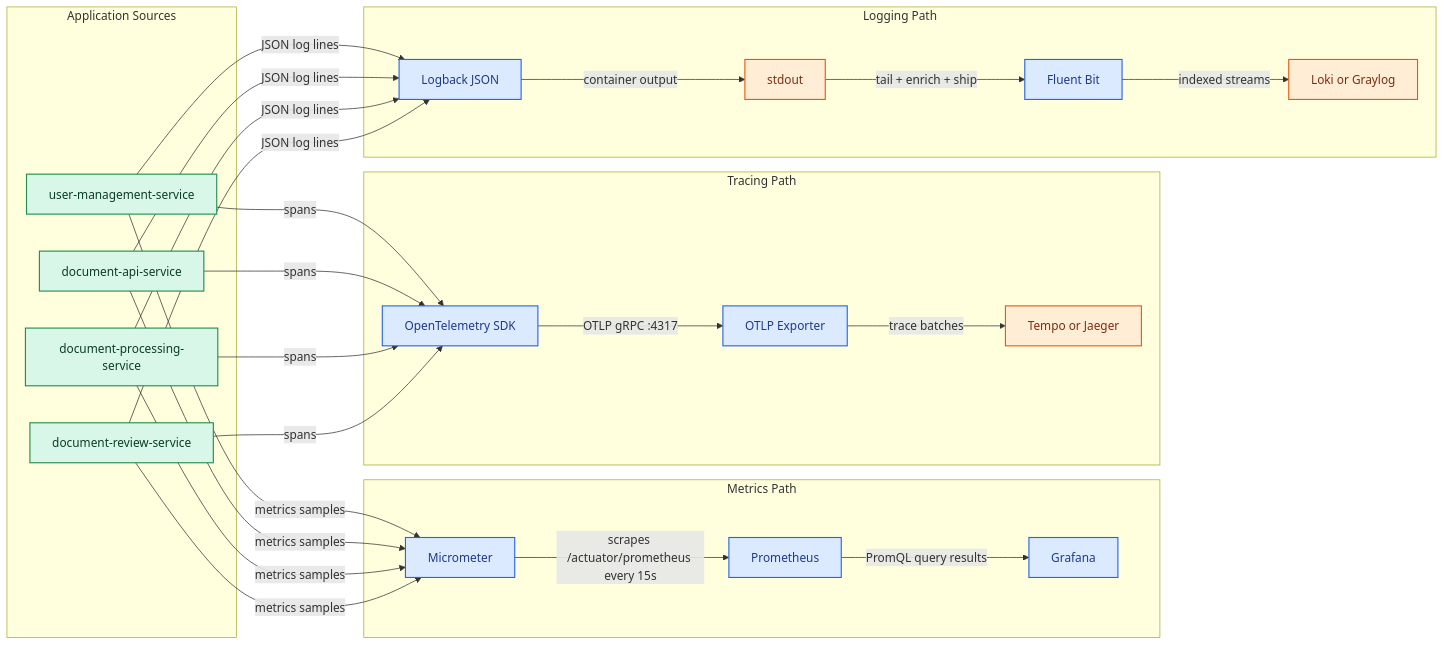
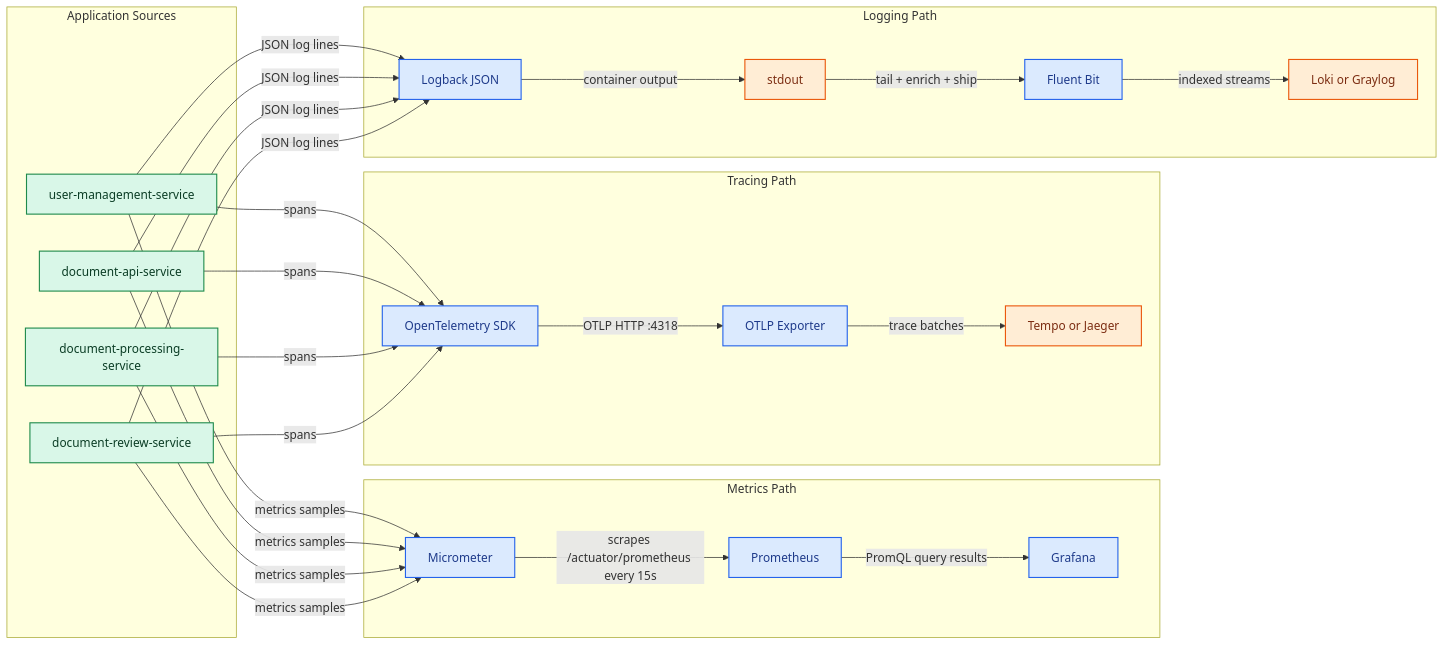
One commit to Github-Arun-Repo/terraform-labs changed the first of 7 diagrams in observability/README.md. Above: the diagram before and after it, drawn with Mermaid. The commit also changed other lines of this file and 11 other files, not shown here.

````diff
--- a/observability/README.md
+++ b/observability/README.md
@@ -8,58 +8,59 @@
 ```mermaid
+%%{init: {'theme':'default','flowchart':{'useMaxWidth':true,'htmlLabels':true}}}%%
 flowchart LR
     subgraph SRC[Application Sources]
       UMS[user-management-service]
       DAS[document-api-service]
       DPS[document-processing-service]
       DRS[document-review-service]
     end
 
     subgraph MET[Metrics Path]
       MIC[Micrometer]
       PRO[Prometheus]
       GRA[Grafana]
     end
 
     subgraph TRC[Tracing Path]
       OSDK[OpenTelemetry SDK]
       OEXP[OTLP Exporter]
       TBACK[Tempo or Jaeger]
     end
 
     subgraph LOG[Logging Path]
       LGB[Logback JSON]
       OUT[stdout]
       FLB[Fluent Bit]
       LBACK[Loki or Graylog]
     end
 
     UMS -->|metrics samples| MIC
     DAS -->|metrics samples| MIC
     DPS -->|metrics samples| MIC
     DRS -->|metrics samples| MIC
     MIC -->|scrapes /actuator/prometheus every 15s| PRO
     PRO -->|PromQL query results| GRA
 
     UMS -->|spans| OSDK
     DAS -->|spans| OSDK
     DPS -->|spans| OSDK
     DRS -->|spans| OSDK
-    OSDK -->|OTLP gRPC :4317| OEXP
+    OSDK -->|OTLP HTTP :4318| OEXP
     OEXP -->|trace batches| TBACK
 
     UMS -->|JSON log lines| LGB
     DAS -->|JSON log lines| LGB
     DPS -->|JSON log lines| LGB
     DRS -->|JSON log lines| LGB
     LGB -->|container output| OUT
     OUT -->|tail + enrich + ship| FLB
     FLB -->|indexed streams| LBACK
 
     classDef services fill:#d9f7e8,stroke:#1f8b4c,color:#0b3d25,stroke-width:1.5px;
     classDef backends fill:#dbeafe,stroke:#2563eb,color:#1e3a8a,stroke-width:1.5px;
     classDef storage fill:#ffedd5,stroke:#ea580c,color:#7c2d12,stroke-width:1.5px;
 
     class UMS,DAS,DPS,DRS services;
     class MIC,PRO,GRA,OSDK,OEXP,LGB,FLB backends;
     class TBACK,OUT,LBACK storage;
 ```
````
